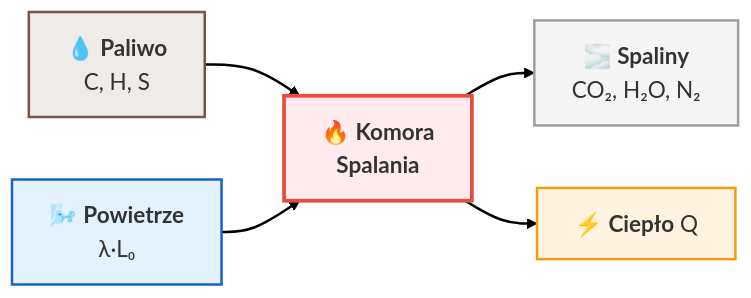
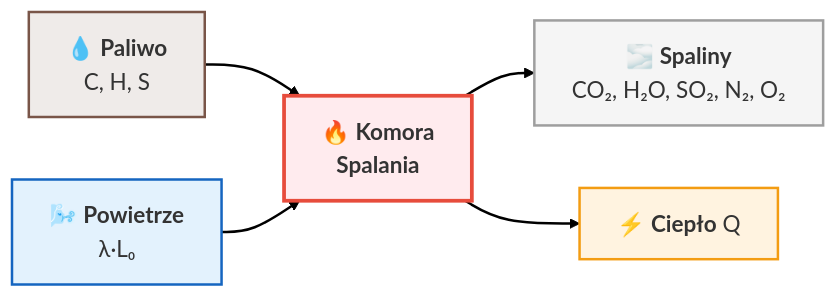
Before and after one commit to moondec/Termodynamika: the first of 6 diagrams in Wyklady/15_Spalanie_Egzergia.qmd, drawn with Mermaid. The commit also changed other lines of this file and 80 other files, not shown here.

````diff
--- a/Wyklady/15_Spalanie_Egzergia.qmd
+++ b/Wyklady/15_Spalanie_Egzergia.qmd
@@ -100,18 +100,18 @@
 ```{mermaid}
 %%| fig-align: center
 %%| fig-width: 10
 
 %%{init: {'theme': 'default', 'flowchart': { 'useMaxWidth': false, 'htmlLabels': true }, 'themeVariables': { 'fontSize': '18px', 'fontFamily': 'sans-serif' }}}%%
 flowchart LR
     P["💧 <b>Paliwo</b><br>C, H, S"] --> K["🔥 <b>Komora<br>Spalania</b>"]
     POW["🌬️ <b>Powietrze</b><br>λ·L₀"] --> K
-    K --> SP["🌫️ <b>Spaliny</b><br>CO₂, H₂O, N₂"]
+    K --> SP["🌫️ <b>Spaliny</b><br>CO₂, H₂O, SO₂, N₂, O₂"]
     K --> Q["⚡ <b>Ciepło</b> Q"]
     
     style P fill:#efebe9,stroke:#795548,stroke-width:2px
     style POW fill:#e3f2fd,stroke:#1565c0,stroke-width:2px
     style K fill:#ffebee,stroke:#e74c3c,stroke-width:3px
     style SP fill:#f5f5f5,stroke:#9e9e9e,stroke-width:2px
     style Q fill:#fff3e0,stroke:#f39c12,stroke-width:2px
     linkStyle default stroke-width:2px,fill:none,stroke:black
 ```
````
